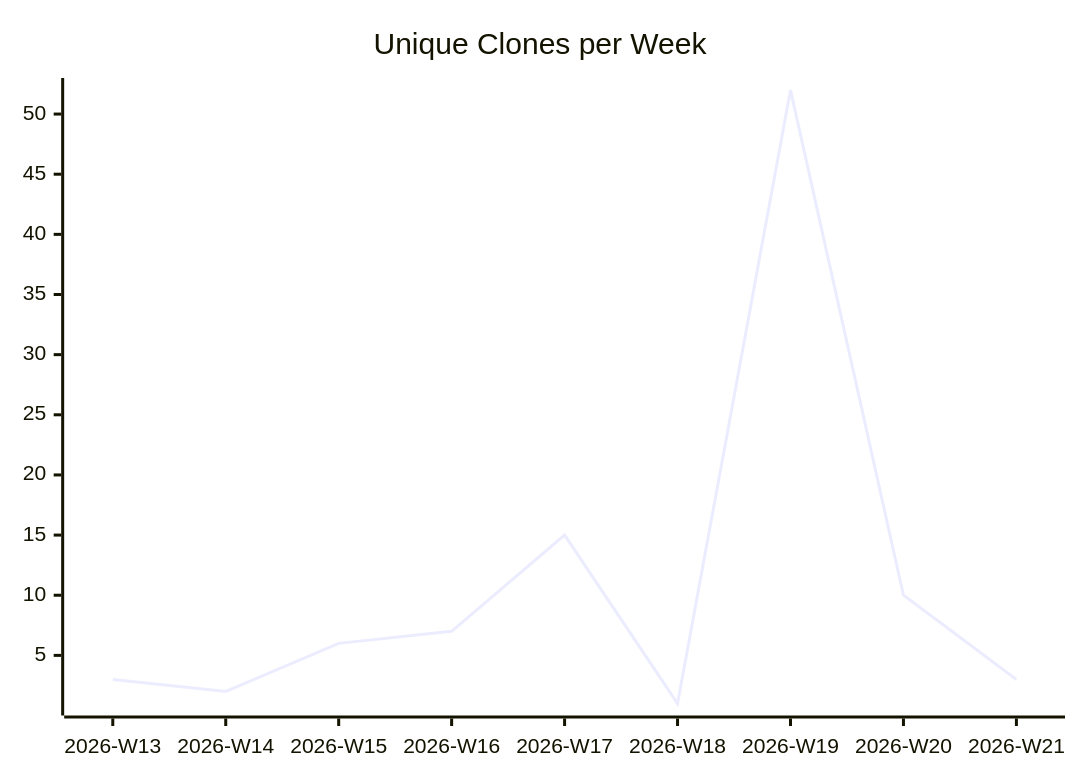
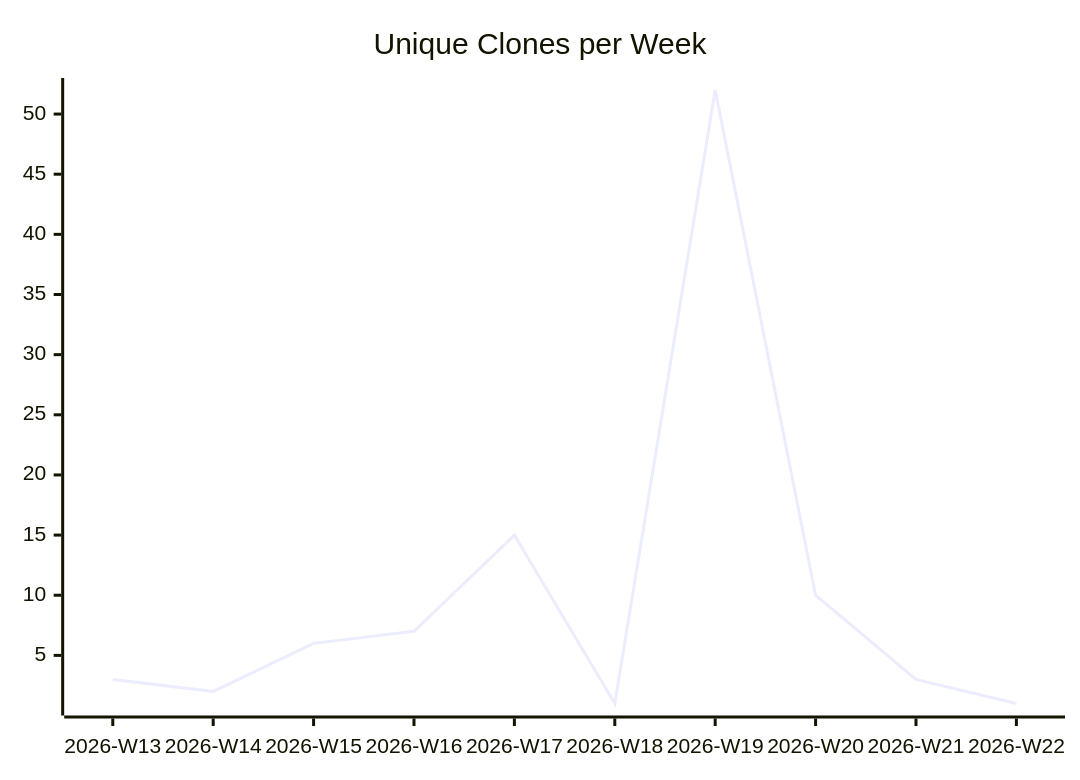
One commit to justdavis-family/github-analytics-data changed the third of 3 diagrams in karlmdavis/justdavis-ansible/README.md. Above: the diagram before and after it, drawn with Mermaid. The commit also changed other lines of this file and 190 other files, not shown here.

````diff
--- a/karlmdavis/justdavis-ansible/README.md
+++ b/karlmdavis/justdavis-ansible/README.md
@@ -19,6 +19,6 @@
 ```mermaid
 xychart-beta
   title "Unique Clones per Week"
-  x-axis ["2026-W13", "2026-W14", "2026-W15", "2026-W16", "2026-W17", "2026-W18", "2026-W19", "2026-W20", "2026-W21"]
-  line [3, 2, 6, 7, 15, 1, 52, 10, 3]
+  x-axis ["2026-W13", "2026-W14", "2026-W15", "2026-W16", "2026-W17", "2026-W18", "2026-W19", "2026-W20", "2026-W21", "2026-W22"]
+  line [3, 2, 6, 7, 15, 1, 52, 10, 3, 1]
 ```
````
